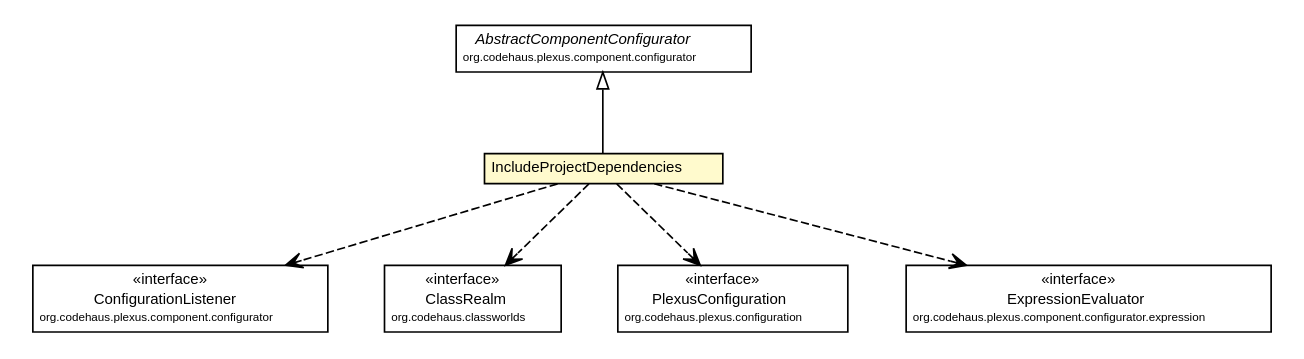
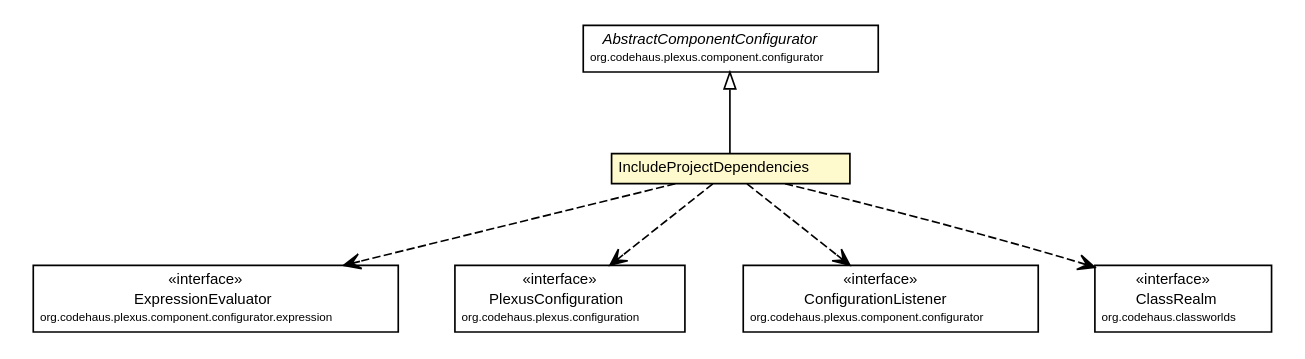
Before and after one commit to synchronoss/cpo-api: the diagram in site/apidocs/org/synchronoss/cpo/plugin/IncludeProjectDependencies.dot, drawn with Graphviz. The commit also changed 878 other files, not shown here.

```diff
--- a/site/apidocs/org/synchronoss/cpo/plugin/IncludeProjectDependencies.dot
+++ b/site/apidocs/org/synchronoss/cpo/plugin/IncludeProjectDependencies.dot
@@ -1,65 +1,65 @@
 #!/usr/local/bin/dot
 #
 # Class diagram 
 # Generated by UmlGraph version 4.6 (http://www.spinellis.gr/sw/umlgraph)
 #
 
 digraph G {
 	edge [fontname="Helvetica",fontsize=10,labelfontname="Helvetica",labelfontsize=10];
 	node [fontname="Helvetica",fontsize=10,shape=plaintext];
 	// org.synchronoss.cpo.plugin.IncludeProjectDependencies
 	c53834 [label=<<table border="0" cellborder="1" cellspacing="0" cellpadding="2" port="p" bgcolor="lemonChiffon" href="./IncludeProjectDependencies.html">
 		<tr><td><table border="0" cellspacing="0" cellpadding="1">
 			<tr><td> IncludeProjectDependencies </td></tr>
 		</table></td></tr>
 		</table>>, fontname="Helvetica", fontcolor="black", fontsize=9.0];
 	//org.synchronoss.cpo.plugin.IncludeProjectDependencies extends org.codehaus.plexus.component.configurator.AbstractComponentConfigurator
 	c53839:p -> c53834:p [dir=back,arrowtail=empty];
+	// org.synchronoss.cpo.plugin.IncludeProjectDependencies DEPEND org.codehaus.plexus.component.configurator.expression.ExpressionEvaluator
+	c53834:p -> c53840:p [taillabel="", label="", headlabel="", fontname="Helvetica", fontcolor="black", fontsize=10.0, color="black", arrowhead=open, style=dashed];
+	// org.synchronoss.cpo.plugin.IncludeProjectDependencies DEPEND org.codehaus.plexus.configuration.PlexusConfiguration
+	c53834:p -> c53841:p [taillabel="", label="", headlabel="", fontname="Helvetica", fontcolor="black", fontsize=10.0, color="black", arrowhead=open, style=dashed];
 	// org.synchronoss.cpo.plugin.IncludeProjectDependencies DEPEND org.codehaus.plexus.component.configurator.ConfigurationListener
-	c53834:p -> c53840:p [taillabel="", label="", headlabel="", fontname="Helvetica", fontcolor="black", fontsize=10.0, color="black", arrowhead=open, style=dashed];
+	c53834:p -> c53842:p [taillabel="", label="", headlabel="", fontname="Helvetica", fontcolor="black", fontsize=10.0, color="black", arrowhead=open, style=dashed];
 	// org.synchronoss.cpo.plugin.IncludeProjectDependencies DEPEND org.codehaus.classworlds.ClassRealm
-	c53834:p -> c53843:p [taillabel="", label="", headlabel="", fontname="Helvetica", fontcolor="black", fontsize=10.0, color="black", arrowhead=open, style=dashed];
-	// org.synchronoss.cpo.plugin.IncludeProjectDependencies DEPEND org.codehaus.plexus.configuration.PlexusConfiguration
-	c53834:p -> c53844:p [taillabel="", label="", headlabel="", fontname="Helvetica", fontcolor="black", fontsize=10.0, color="black", arrowhead=open, style=dashed];
-	// org.synchronoss.cpo.plugin.IncludeProjectDependencies DEPEND org.codehaus.plexus.component.configurator.expression.ExpressionEvaluator
 	c53834:p -> c53845:p [taillabel="", label="", headlabel="", fontname="Helvetica", fontcolor="black", fontsize=10.0, color="black", arrowhead=open, style=dashed];
 	// org.codehaus.classworlds.ClassRealm
-	c53843 [label=<<table border="0" cellborder="1" cellspacing="0" cellpadding="2" port="p" href="http://java.sun.com/j2se/1.4.2/docs/api/org/codehaus/classworlds/ClassRealm.html">
+	c53845 [label=<<table border="0" cellborder="1" cellspacing="0" cellpadding="2" port="p" href="http://java.sun.com/j2se/1.4.2/docs/api/org/codehaus/classworlds/ClassRealm.html">
 		<tr><td><table border="0" cellspacing="0" cellpadding="1">
 			<tr><td> &laquo;interface&raquo; </td></tr>
 			<tr><td> ClassRealm </td></tr>
 			<tr><td><font point-size="7.0"> org.codehaus.classworlds </font></td></tr>
 		</table></td></tr>
 		</table>>, fontname="Helvetica", fontcolor="black", fontsize=9.0];
 	// org.codehaus.plexus.component.configurator.expression.ExpressionEvaluator
-	c53845 [label=<<table border="0" cellborder="1" cellspacing="0" cellpadding="2" port="p" href="http://java.sun.com/j2se/1.4.2/docs/api/org/codehaus/plexus/component/configurator/expression/ExpressionEvaluator.html">
+	c53840 [label=<<table border="0" cellborder="1" cellspacing="0" cellpadding="2" port="p" href="http://java.sun.com/j2se/1.4.2/docs/api/org/codehaus/plexus/component/configurator/expression/ExpressionEvaluator.html">
 		<tr><td><table border="0" cellspacing="0" cellpadding="1">
 			<tr><td> &laquo;interface&raquo; </td></tr>
 			<tr><td> ExpressionEvaluator </td></tr>
 			<tr><td><font point-size="7.0"> org.codehaus.plexus.component.configurator.expression </font></td></tr>
 		</table></td></tr>
 		</table>>, fontname="Helvetica", fontcolor="black", fontsize=9.0];
 	// org.codehaus.plexus.component.configurator.AbstractComponentConfigurator
 	c53839 [label=<<table border="0" cellborder="1" cellspacing="0" cellpadding="2" port="p" href="http://java.sun.com/j2se/1.4.2/docs/api/org/codehaus/plexus/component/configurator/AbstractComponentConfigurator.html">
 		<tr><td><table border="0" cellspacing="0" cellpadding="1">
 			<tr><td><font face="Helvetica-Oblique"> AbstractComponentConfigurator </font></td></tr>
 			<tr><td><font point-size="7.0"> org.codehaus.plexus.component.configurator </font></td></tr>
 		</table></td></tr>
 		</table>>, fontname="Helvetica", fontcolor="black", fontsize=9.0];
 	// org.codehaus.plexus.component.configurator.ConfigurationListener
-	c53840 [label=<<table border="0" cellborder="1" cellspacing="0" cellpadding="2" port="p" href="http://java.sun.com/j2se/1.4.2/docs/api/org/codehaus/plexus/component/configurator/ConfigurationListener.html">
+	c53842 [label=<<table border="0" cellborder="1" cellspacing="0" cellpadding="2" port="p" href="http://java.sun.com/j2se/1.4.2/docs/api/org/codehaus/plexus/component/configurator/ConfigurationListener.html">
 		<tr><td><table border="0" cellspacing="0" cellpadding="1">
 			<tr><td> &laquo;interface&raquo; </td></tr>
 			<tr><td> ConfigurationListener </td></tr>
 			<tr><td><font point-size="7.0"> org.codehaus.plexus.component.configurator </font></td></tr>
 		</table></td></tr>
 		</table>>, fontname="Helvetica", fontcolor="black", fontsize=9.0];
 	// org.codehaus.plexus.configuration.PlexusConfiguration
-	c53844 [label=<<table border="0" cellborder="1" cellspacing="0" cellpadding="2" port="p" href="http://java.sun.com/j2se/1.4.2/docs/api/org/codehaus/plexus/configuration/PlexusConfiguration.html">
+	c53841 [label=<<table border="0" cellborder="1" cellspacing="0" cellpadding="2" port="p" href="http://java.sun.com/j2se/1.4.2/docs/api/org/codehaus/plexus/configuration/PlexusConfiguration.html">
 		<tr><td><table border="0" cellspacing="0" cellpadding="1">
 			<tr><td> &laquo;interface&raquo; </td></tr>
 			<tr><td> PlexusConfiguration </td></tr>
 			<tr><td><font point-size="7.0"> org.codehaus.plexus.configuration </font></td></tr>
 		</table></td></tr>
 		</table>>, fontname="Helvetica", fontcolor="black", fontsize=9.0];
 }
```
